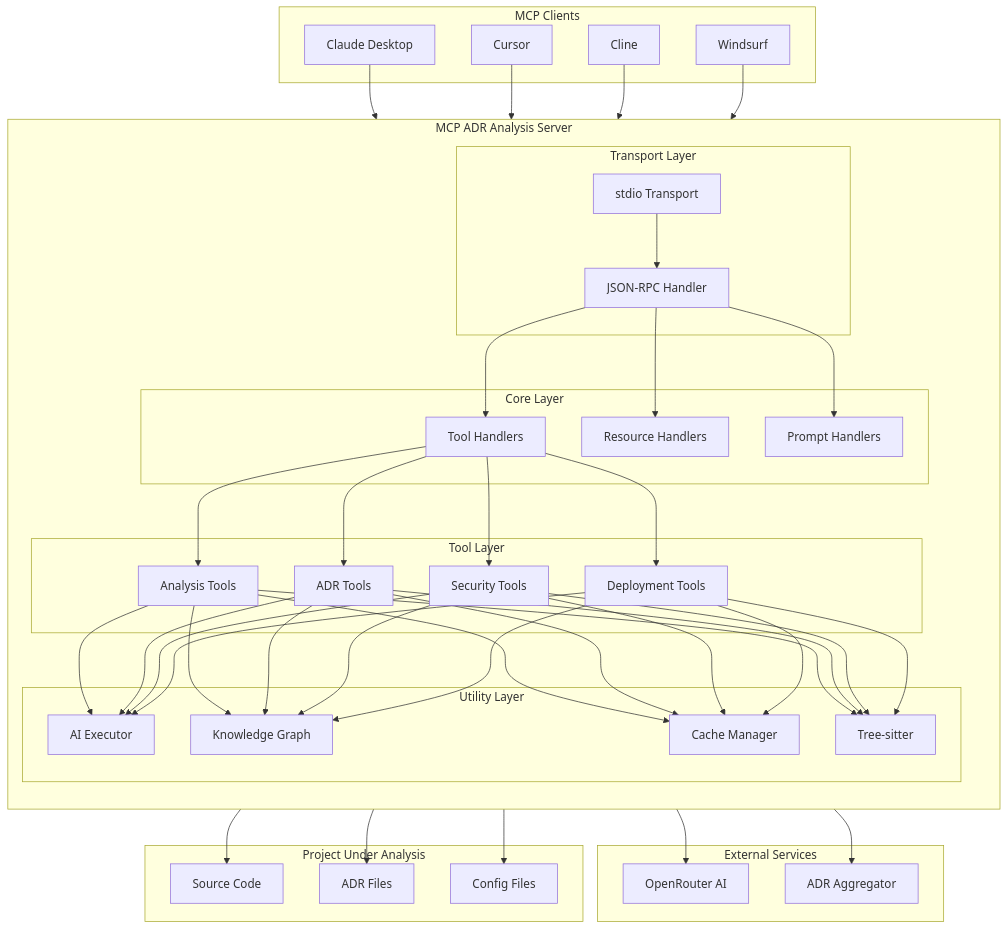
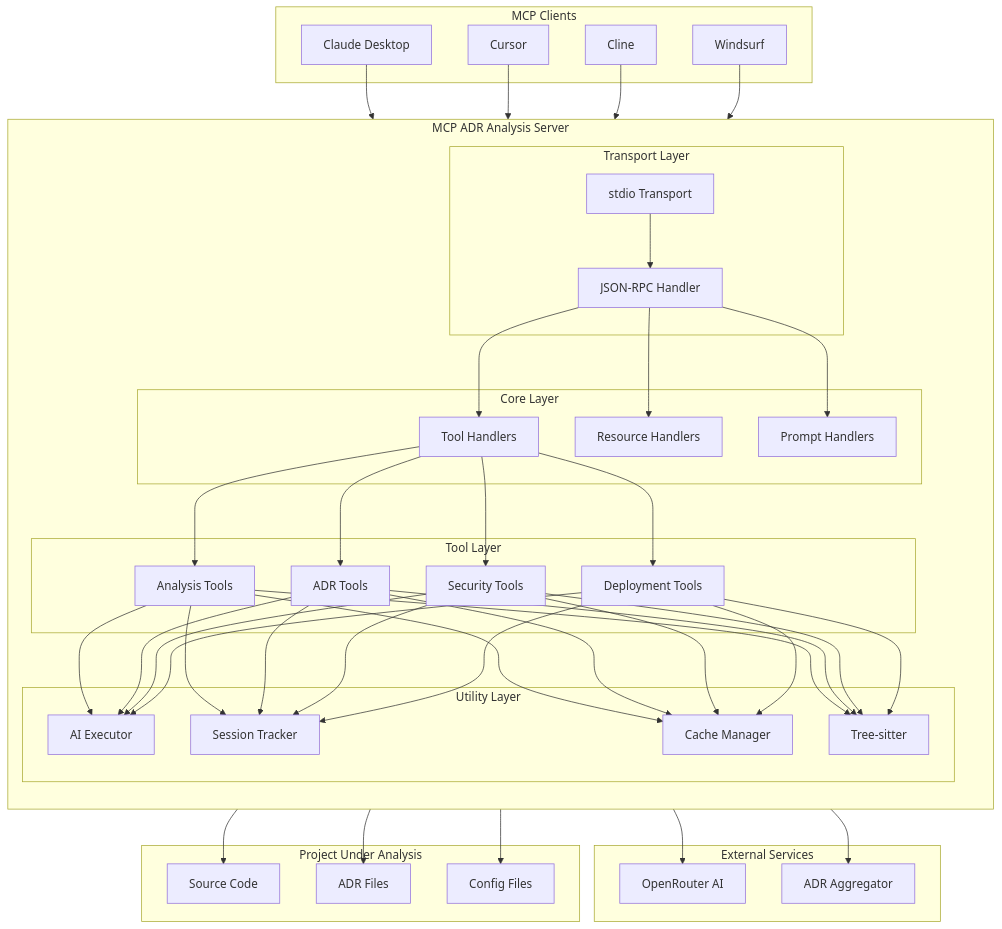
Before and after one commit to tosin2013/mcp-adr-analysis-server: the first of 5 diagrams in docs/explanation/architecture-overview.md, drawn with Mermaid. The commit also changed other lines of this file and 28 other files, not shown here.

First line of the commit message:
docs(naming): rename "Knowledge Graph" to "Session & Tool-Usage Tracker" (#1548) (#1606)

````diff
--- a/docs/explanation/architecture-overview.md
+++ b/docs/explanation/architecture-overview.md
@@ -15,59 +15,59 @@
 ```mermaid
 flowchart TB
     subgraph Clients[MCP Clients]
         C1[Claude Desktop]
         C2[Cursor]
         C3[Cline]
         C4[Windsurf]
     end
 
     subgraph Server[MCP ADR Analysis Server]
         direction TB
 
         subgraph Transport[Transport Layer]
             T1[stdio Transport]
             T2[JSON-RPC Handler]
         end
 
         subgraph Core[Core Layer]
             H[Tool Handlers]
             R[Resource Handlers]
             P[Prompt Handlers]
         end
 
         subgraph Tools[Tool Layer]
             TL1[Analysis Tools]
             TL2[ADR Tools]
             TL3[Security Tools]
             TL4[Deployment Tools]
         end
 
         subgraph Utils[Utility Layer]
             U1[AI Executor]
-            U2[Knowledge Graph]
+            U2[Session Tracker]
             U3[Cache Manager]
             U4[Tree-sitter]
         end
     end
 
     subgraph External[External Services]
         E1[OpenRouter AI]
         E3[ADR Aggregator]
     end
 
     subgraph Project[Project Under Analysis]
         P1[Source Code]
         P2[ADR Files]
         P3[Config Files]
     end
 
     C1 & C2 & C3 & C4 --> T1
     T1 --> T2 --> H & R & P
     H --> TL1 & TL2 & TL3 & TL4
     TL1 & TL2 & TL3 & TL4 --> U1 & U2 & U3 & U4
     U1 --> E1
     TL2 --> E3
     U4 --> P1
     TL2 --> P2
     TL1 --> P3
 ```
````
